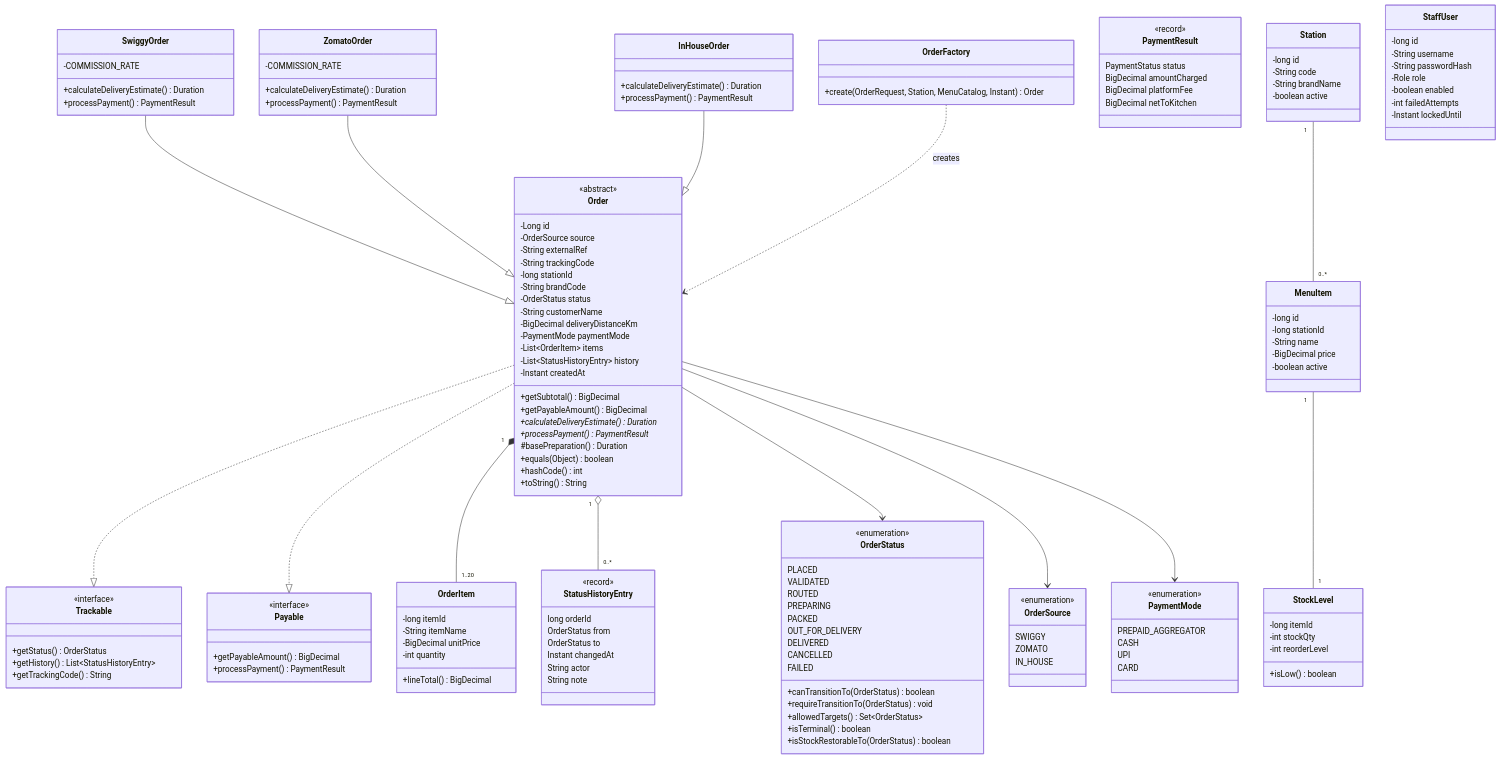
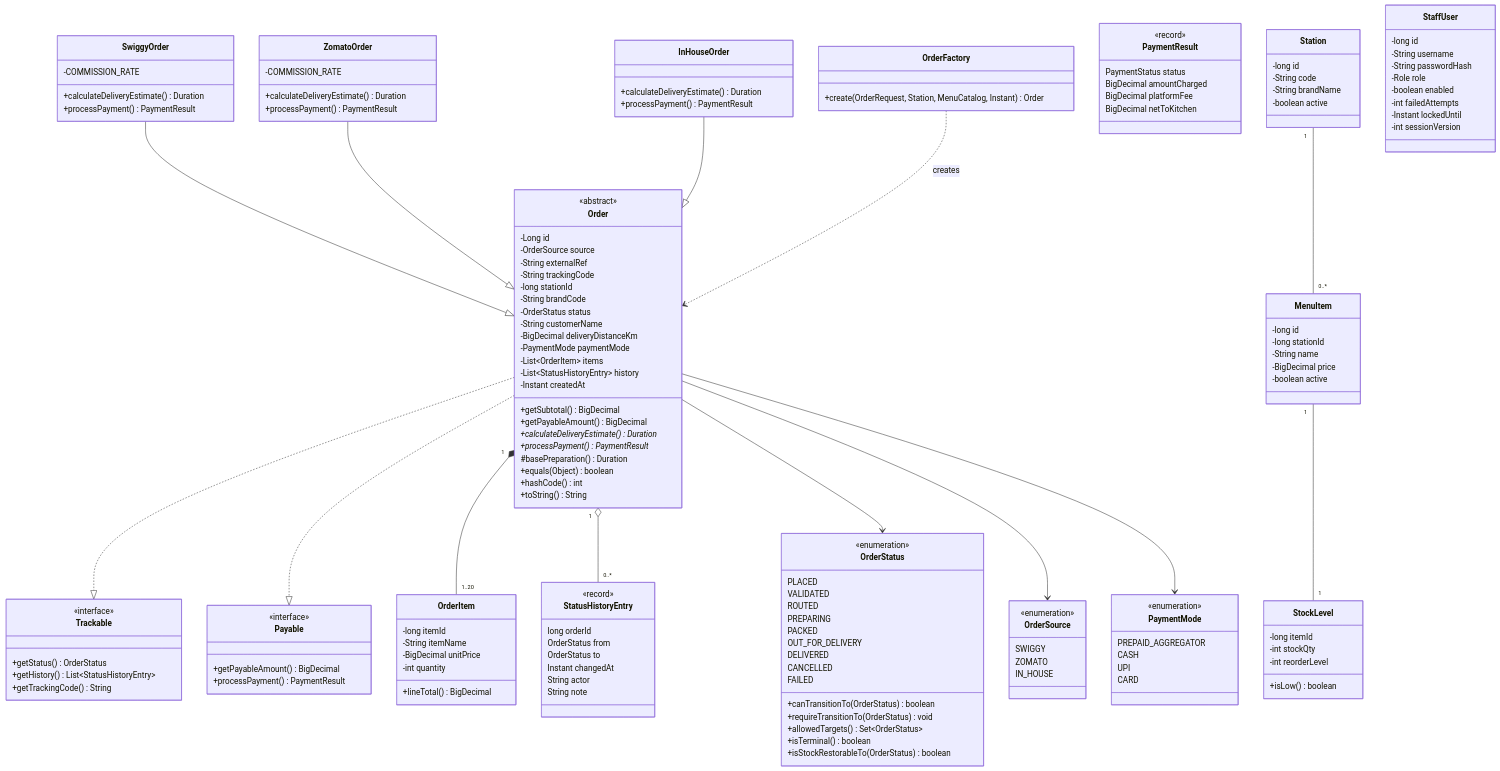
One commit to AlwinJose-9811/CloudKitchenOrchestrationSystem changed the third of 14 diagrams in docs/SDD.md. Above: the diagram before and after it, drawn with Mermaid. The commit also changed other lines of this file and 8 other files, not shown here.

First line of the commit message:
docs: finalize cloud kitchen architecture and requirements

```diff
--- a/docs/SDD.md
+++ b/docs/SDD.md
@@ -428,6 +442,7 @@
         -boolean enabled
         -int failedAttempts
         -Instant lockedUntil
+        -int sessionVersion
     }
     Order ..|> Trackable
     Order ..|> Payable
```
